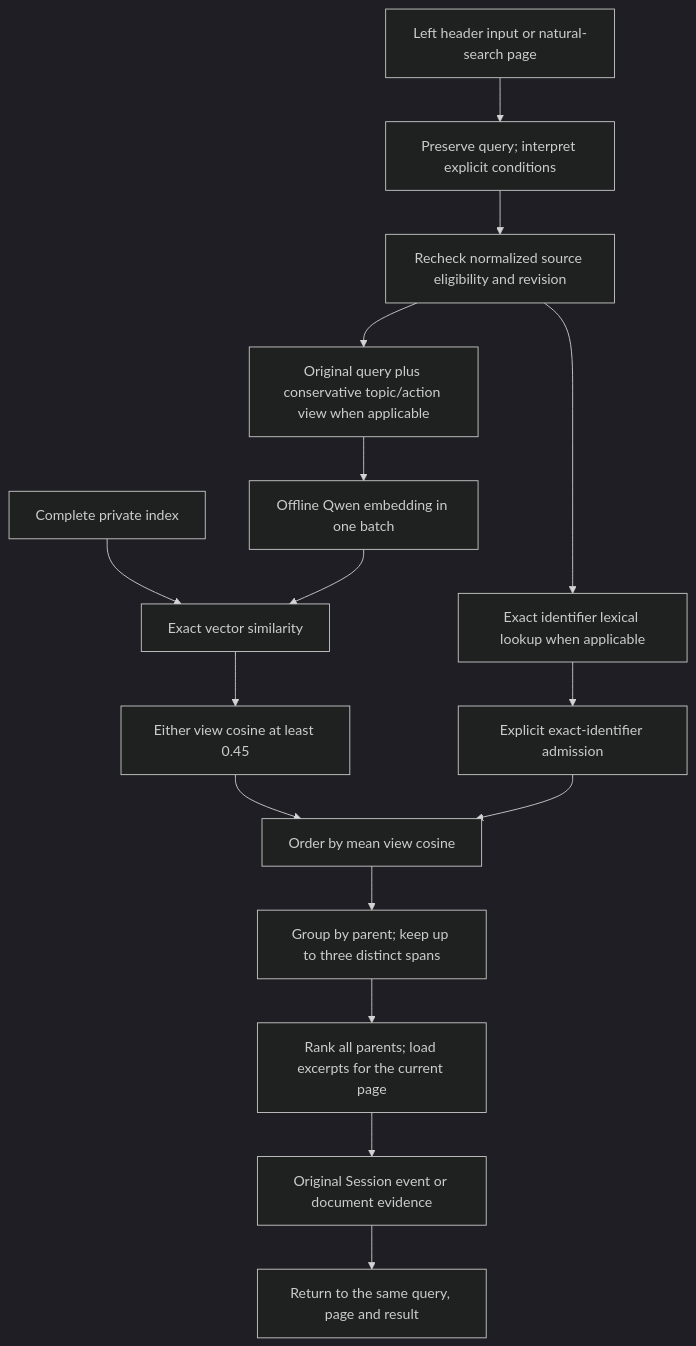
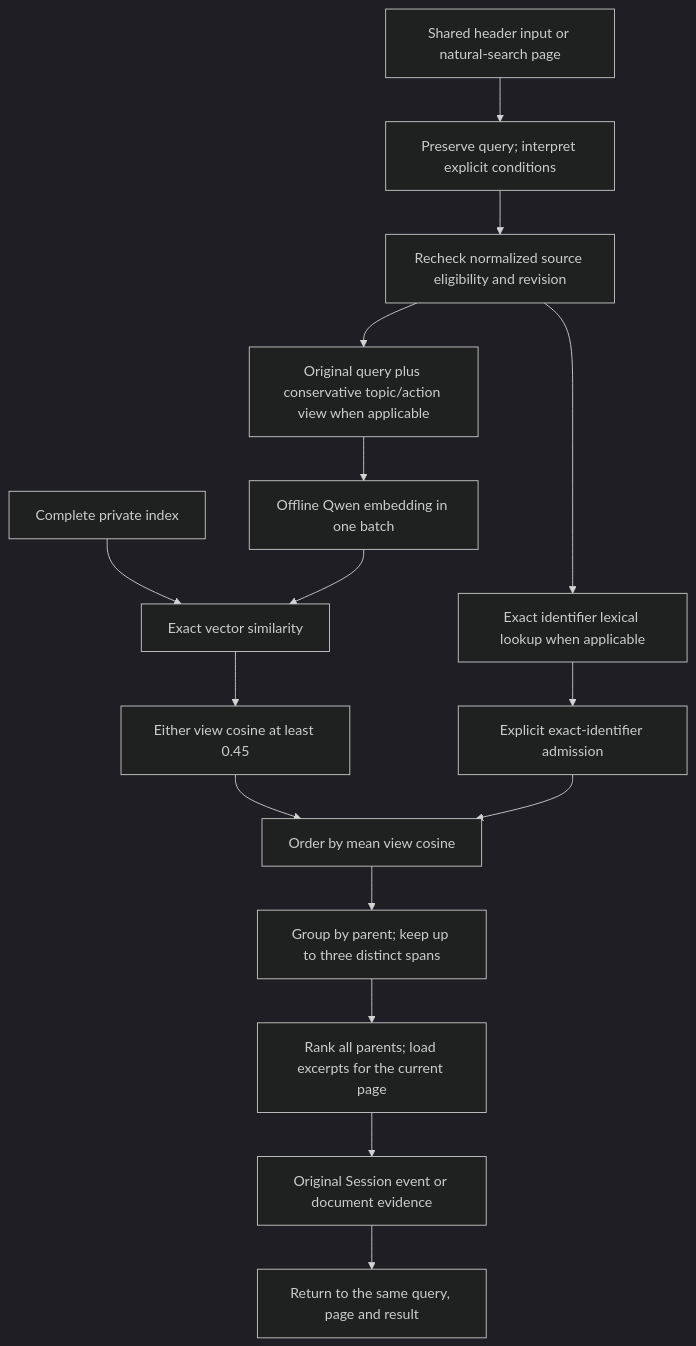
Before and after one commit to chochita0311/local-brain: the second of 2 diagrams in docs/policies/project/natural-language-search.md, drawn with Mermaid (dark theme). The commit also changed other lines of this file and 43 other files, not shown here.

Commit message:
fix(sessions): preserve conversation inputs and unify search entry

````diff
--- a/docs/policies/project/natural-language-search.md
+++ b/docs/policies/project/natural-language-search.md
@@ -133,18 +135,18 @@
 ```mermaid
 flowchart TD
-    Input[Left header input or natural-search page] --> Conditions[Preserve query; interpret explicit conditions]
+    Input[Shared header input or natural-search page] --> Conditions[Preserve query; interpret explicit conditions]
     Conditions --> Current[Recheck normalized source eligibility and revision]
     Current --> Views[Original query plus conservative topic/action view when applicable]
     Views --> Embed[Offline Qwen embedding in one batch]
     Current --> Lexical[Exact identifier lexical lookup when applicable]
     Cache[Complete private index] --> Dot[Exact vector similarity]
     Embed --> Dot
     Dot --> Cutoff[Either view cosine at least 0.45]
     Lexical --> Exact[Explicit exact-identifier admission]
     Cutoff --> Order[Order by mean view cosine]
     Exact --> Order
     Order --> Parent[Group by parent; keep up to three distinct spans]
     Parent --> Page[Rank all parents; load excerpts for the current page]
     Page --> Evidence[Original Session event or document evidence]
     Evidence --> Return[Return to the same query, page and result]
 ```
````
